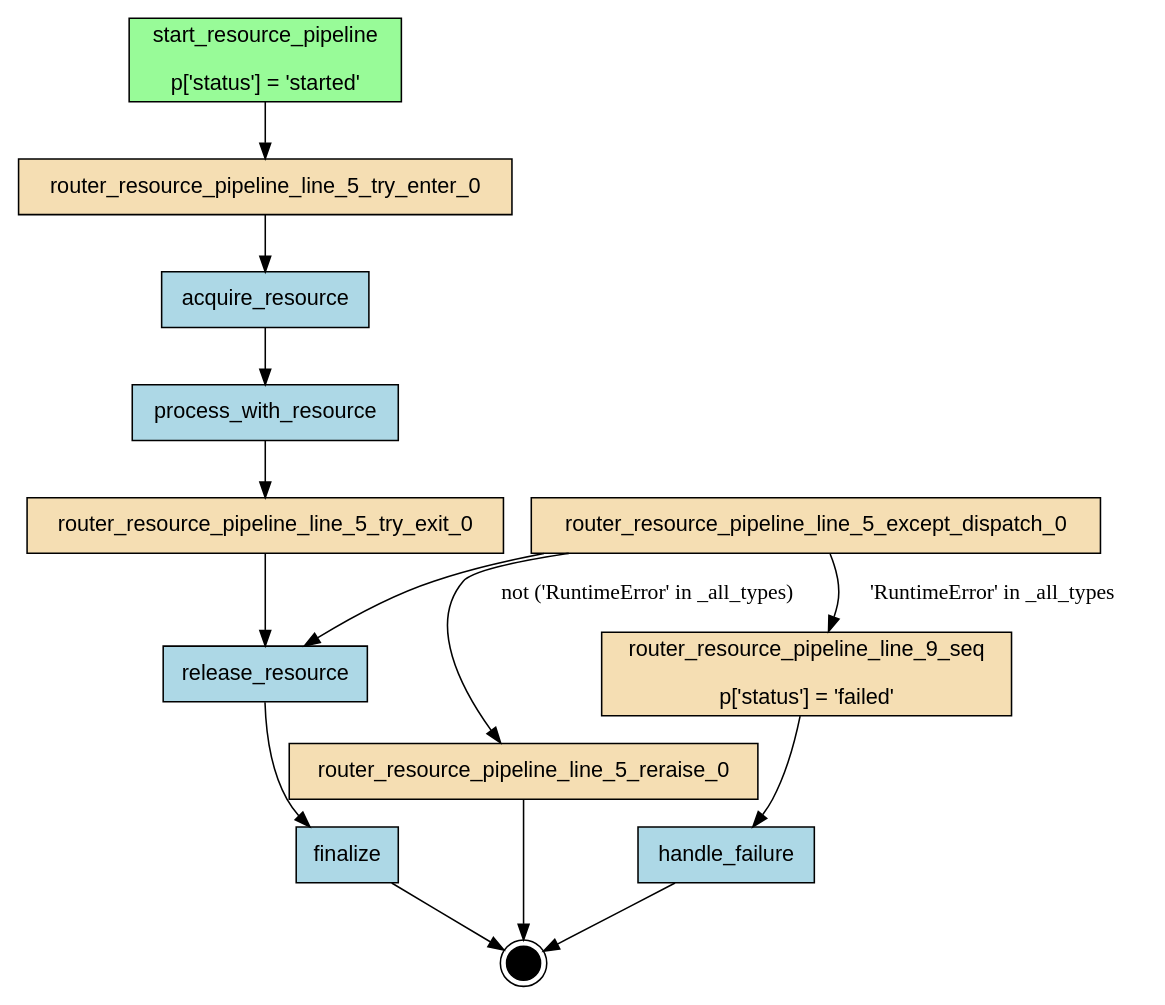
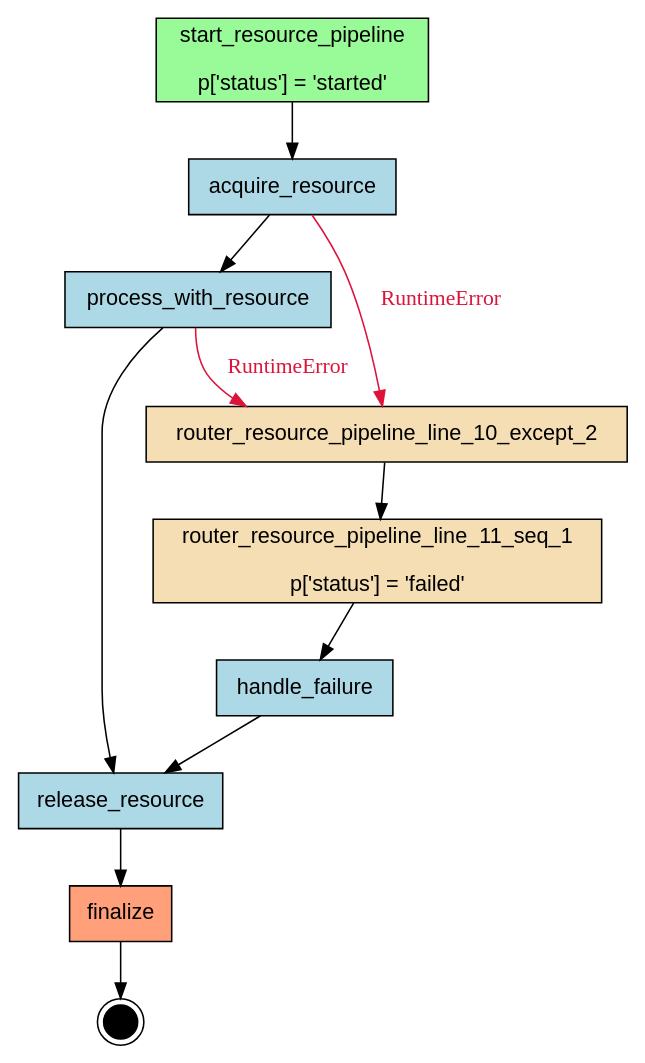
The diagram in examples/flows/compiled/try_except_finally/flow.dot (deliveryhero/asya), drawn with Graphviz before and after one commit. The commit also changed 1302 other files, not shown here.

First line of the commit message:
feat(compiler): try/except support via sidecar retryRules [3dp2] (#346)

```diff
--- a/examples/flows/compiled/try_except_finally/flow.dot
+++ b/examples/flows/compiled/try_except_finally/flow.dot
@@ -1,34 +1,28 @@
-digraph "try_except_finally" {
+digraph "resource_pipeline" {
     rankdir=TB;
     node [shape=box, style=filled, fontname="Helvetica"];
 
     { rank=source; start_resource_pipeline; }
 
     acquire_resource [label="acquire_resource", fillcolor=lightblue];
-    finalize [label="finalize", fillcolor=lightblue];
+    finalize [label="finalize", fillcolor=lightsalmon];
     handle_failure [label="handle_failure", fillcolor=lightblue];
     process_with_resource [label="process_with_resource", fillcolor=lightblue];
     release_resource [label="release_resource", fillcolor=lightblue];
-    router_resource_pipeline_line_5_except_dispatch_0 [label="router_resource_pipeline_line_5_except_dispatch_0", fillcolor=wheat];
-    router_resource_pipeline_line_5_reraise_0 [label="router_resource_pipeline_line_5_reraise_0", fillcolor=wheat];
-    router_resource_pipeline_line_5_try_enter_0 [label="router_resource_pipeline_line_5_try_enter_0", fillcolor=wheat];
-    router_resource_pipeline_line_5_try_exit_0 [label="router_resource_pipeline_line_5_try_exit_0", fillcolor=wheat];
-    router_resource_pipeline_line_9_seq [label="router_resource_pipeline_line_9_seq\n\np['status'] = 'failed'", fillcolor=wheat];
+    router_resource_pipeline_line_10_except_2 [label="router_resource_pipeline_line_10_except_2", fillcolor=wheat];
+    router_resource_pipeline_line_11_seq_1 [label="router_resource_pipeline_line_11_seq_1\n\np['status'] = 'failed'", fillcolor=wheat];
     start_resource_pipeline [label="start_resource_pipeline\n\np['status'] = 'started'", fillcolor=palegreen];
 
     __end__ [label="", shape=doublecircle, fillcolor=black, width=0.3, fixedsize=true];
 
-    start_resource_pipeline -> router_resource_pipeline_line_5_try_enter_0;
-    router_resource_pipeline_line_9_seq -> handle_failure;
-    router_resource_pipeline_line_5_try_enter_0 -> acquire_resource;
+    start_resource_pipeline -> acquire_resource;
     acquire_resource -> process_with_resource;
-    process_with_resource -> router_resource_pipeline_line_5_try_exit_0;
-    router_resource_pipeline_line_5_try_exit_0 -> release_resource;
+    process_with_resource -> release_resource;
     release_resource -> finalize;
-    router_resource_pipeline_line_5_except_dispatch_0 -> release_resource;
-    router_resource_pipeline_line_5_except_dispatch_0 -> router_resource_pipeline_line_9_seq [label="'RuntimeError' in _all_types"];
-    router_resource_pipeline_line_5_except_dispatch_0 -> router_resource_pipeline_line_5_reraise_0 [label="not ('RuntimeError' in _all_types)"];
+    router_resource_pipeline_line_11_seq_1 -> handle_failure;
+    router_resource_pipeline_line_10_except_2 -> router_resource_pipeline_line_11_seq_1;
+    acquire_resource -> router_resource_pipeline_line_10_except_2 [label="RuntimeError", color="#DC143C", fontcolor="#DC143C"];
+    process_with_resource -> router_resource_pipeline_line_10_except_2 [label="RuntimeError", color="#DC143C", fontcolor="#DC143C"];
+    handle_failure -> release_resource;
     finalize -> __end__;
-    handle_failure -> __end__;
-    router_resource_pipeline_line_5_reraise_0 -> __end__;
 }
```
